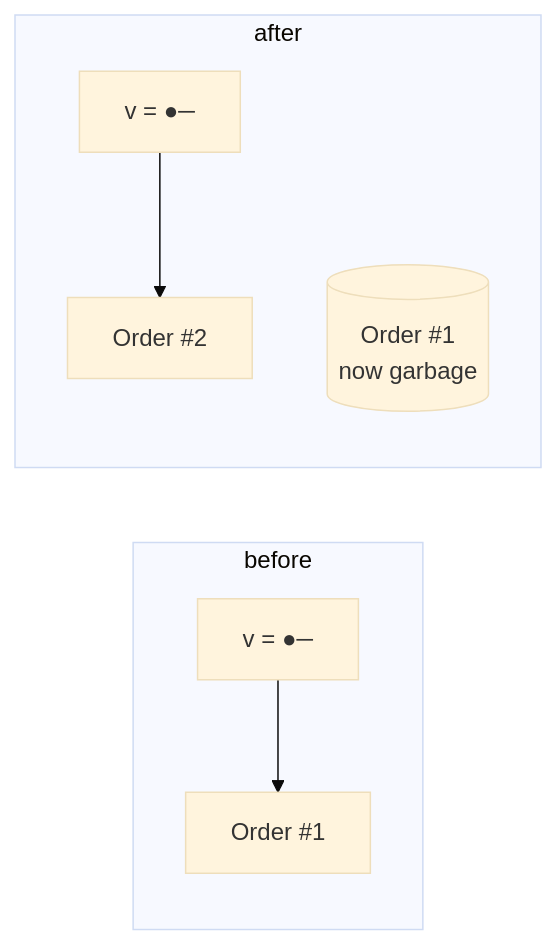
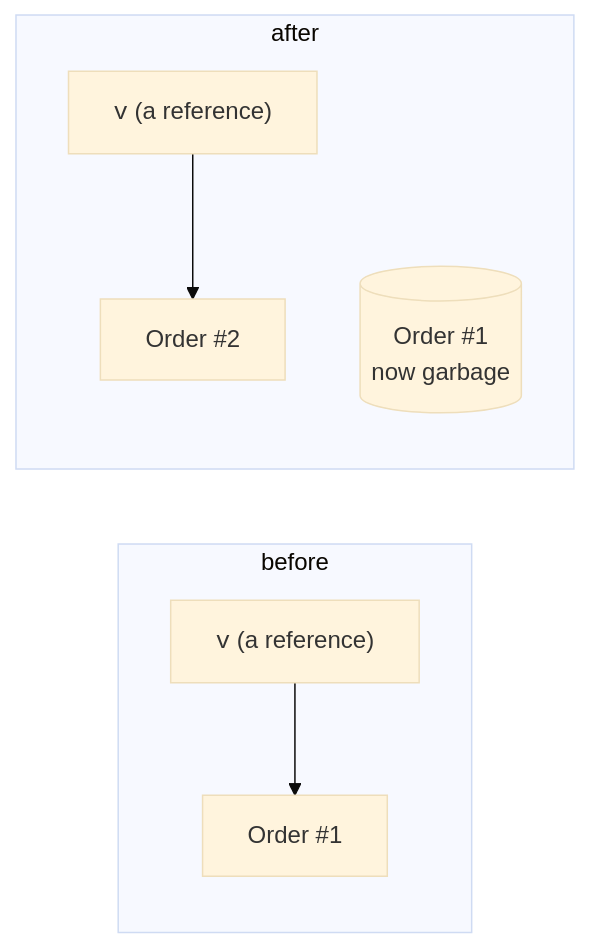
Before and after one commit to dataslope/dataslope: the fifth of 5 diagrams in content/courses/java-programming-for-beginners/stack-and-heap.mdx, drawn with Mermaid (base theme). The commit also changed other lines of this file and 283 other files, not shown here.

First line of the commit message:
Diagrams as elements, not characters: fix the box model, sweep the corpus, and make syntax breakdowns a convention (#652)

````diff
--- a/content/courses/java-programming-for-beginners/stack-and-heap.mdx
+++ b/content/courses/java-programming-for-beginners/stack-and-heap.mdx
@@ -270,14 +270,14 @@
 ```mermaid
 flowchart LR
     subgraph before
-        V["v = ●─"]
+        V["<code>v</code> (a reference)"]
         O1[Order #1]
         V --> O1
     end
     subgraph after
-        V2["v = ●─"]
+        V2["<code>v</code> (a reference)"]
         O2[Order #2]
         Old[(Order #1<br/>now garbage)]
         V2 --> O2
     end
 ```
````
